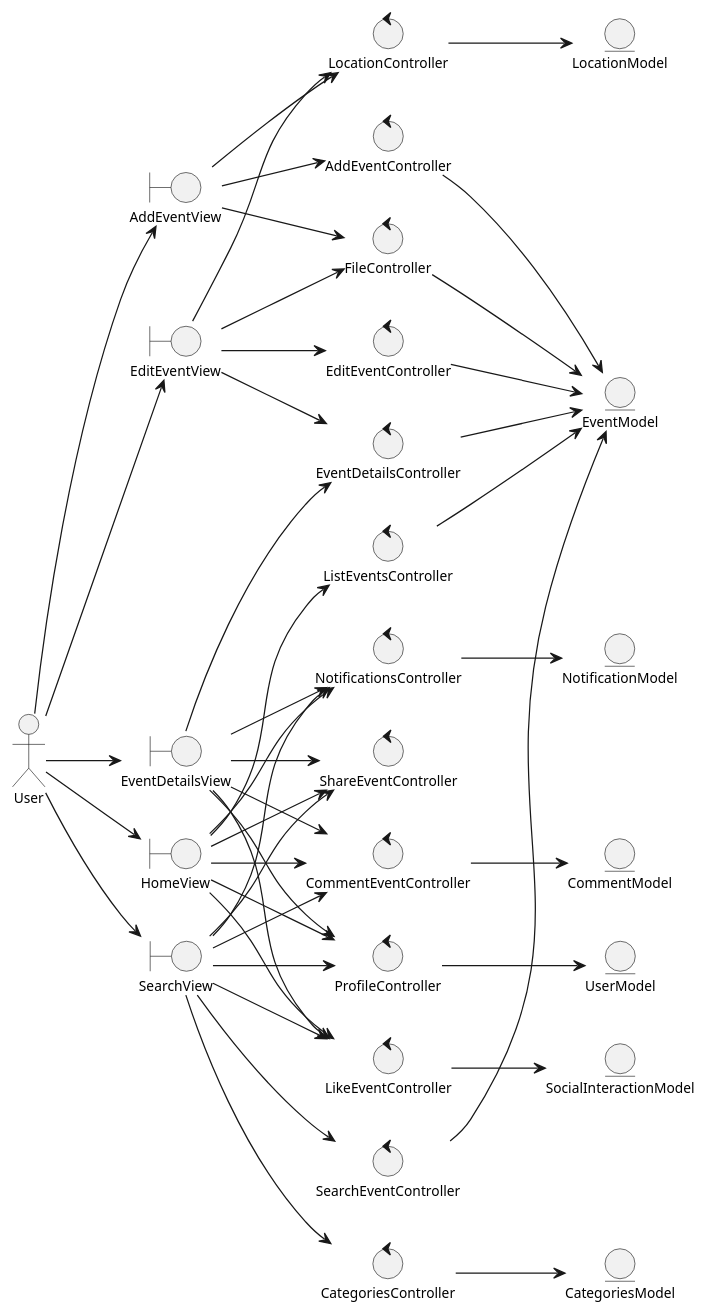
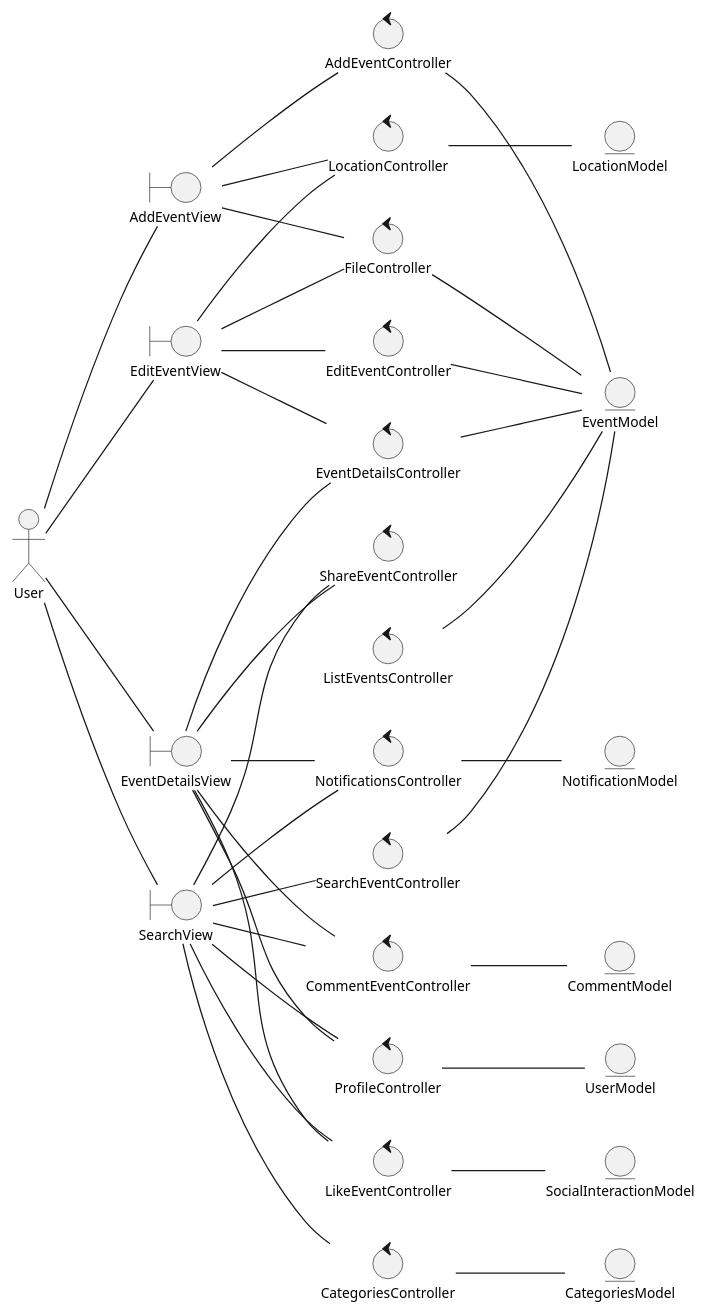
The diagram in Análisis/Clases de Análisis/analysisClassDiagramEventsManagements.plantuml (valeraruggierotesisucv/tesis-frameworks-mobile-diagrams), drawn with PlantUML before and after one commit. The commit also changed 20 other files, not shown here.

Commit message:
diagrama de traza + diagrama de secuencia + correcciones de maria paula

```diff
--- a/Análisis/Clases de Análisis/analysisClassDiagramEventsManagements.plantuml
+++ b/Análisis/Clases de Análisis/analysisClassDiagramEventsManagements.plantuml
@@ -1,88 +1,81 @@
 @startuml analysisClassDiagramEventsManagements
 skinparam style strictuml
 left to right direction
 skinparam defaultTextAlignment center
 skinparam defaultFontSize 11
 
 actor "User" as user
 
 entity "UserModel" as userModel
 entity "EventModel" as eventModel
 entity "CommentModel" as commentModel
 entity "NotificationModel" as notificationModel
 entity "CategoriesModel" as categoriesModel
 entity "SocialInteractionModel" as socialInteractionModel
 entity "LocationModel" as locationModel
 
 boundary "AddEventView" as addEventView
 boundary "EditEventView" as editEventView
 boundary "EventDetailsView" as eventDetailsView
 boundary "SearchView" as searchView
-boundary "HomeView" as homeView
-
 
 control "CategoriesController" as categoriesController
 control "LikeEventController" as likeEventController
 control "NotificationsController" as notificationController
 control "ShareEventController" as shareEventController
 control "CommentEventController" as commentEventController
 control "ProfileController" as profileController
 control "FileController" as fileController
 control "AddEventController" as addEventController
 control "LocationController" as locationController
 control "EditEventController" as editEventController
 control "EventDetailsController" as eventDetailsController
 control "SearchEventController" as searchEventController
 control "ListEventsController" as listEventsController
 control "CommentEventController" as commentEventController
 control "ProfileController" as profileController
 control "EventDetailsController" as eventDetailsController
 
-user --> addEventView
-user --> editEventView
-user --> eventDetailsView
-user --> searchView
-user --> homeView
+user -- addEventView
+user -- editEventView
+user -- eventDetailsView
+user -- searchView
 
-addEventView --> addEventController
-addEventView --> locationController
-addEventView --> fileController
-editEventView --> editEventController
-editEventView --> eventDetailsController
-editEventView --> fileController
-editEventView --> locationController
+addEventView -- addEventController
+addEventView -- locationController
+addEventView -- fileController
 
-eventDetailsView --> eventDetailsController
-eventDetailsView --> commentEventController
-eventDetailsView --> likeEventController
-eventDetailsView --> profileController
-eventDetailsView --> shareEventController
-eventDetailsView --> notificationController
-searchView --> searchEventController
-searchView --> categoriesController
-searchView --> likeEventController
-searchView --> notificationController
-searchView --> shareEventController
-searchView --> profileController
-searchView --> commentEventController
-homeView --> listEventsController
-homeView --> profileController
-homeView --> commentEventController
-homeView --> likeEventController
-homeView --> notificationController
-homeView --> shareEventController
+editEventView -- editEventController
+editEventView -- eventDetailsController
+editEventView -- fileController
+editEventView -- locationController
 
-addEventController --> eventModel
-fileController --> eventModel
-locationController --> locationModel
-editEventController --> eventModel
-eventDetailsController --> eventModel
-searchEventController --> eventModel
-listEventsController --> eventModel
-commentEventController --> commentModel
-profileController --> userModel
-categoriesController --> categoriesModel
-likeEventController --> socialInteractionModel
-notificationController --> notificationModel
+eventDetailsView -- eventDetailsController
+eventDetailsView -- commentEventController
+eventDetailsView -- likeEventController
+eventDetailsView -- profileController
+eventDetailsView -- shareEventController
+eventDetailsView -- notificationController
+
+searchView -- searchEventController
+searchView -- categoriesController
+searchView -- likeEventController
+searchView -- notificationController
+searchView -- shareEventController
+searchView -- profileController
+searchView -- commentEventController
+
+addEventController -- eventModel
+fileController -- eventModel
+locationController -- locationModel
+editEventController -- eventModel
+eventDetailsController -- eventModel
+searchEventController -- eventModel
+listEventsController -- eventModel
+commentEventController -- commentModel
+profileController -- userModel
+categoriesController -- categoriesModel
+likeEventController -- socialInteractionModel
+notificationController -- notificationModel
 
 @enduml
```
